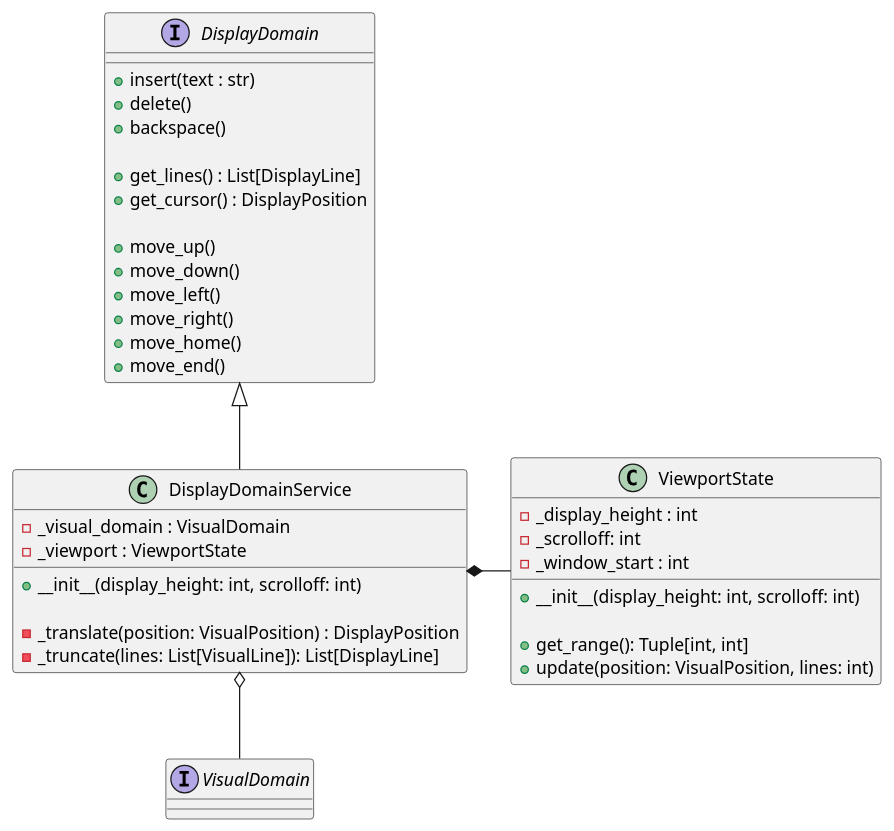
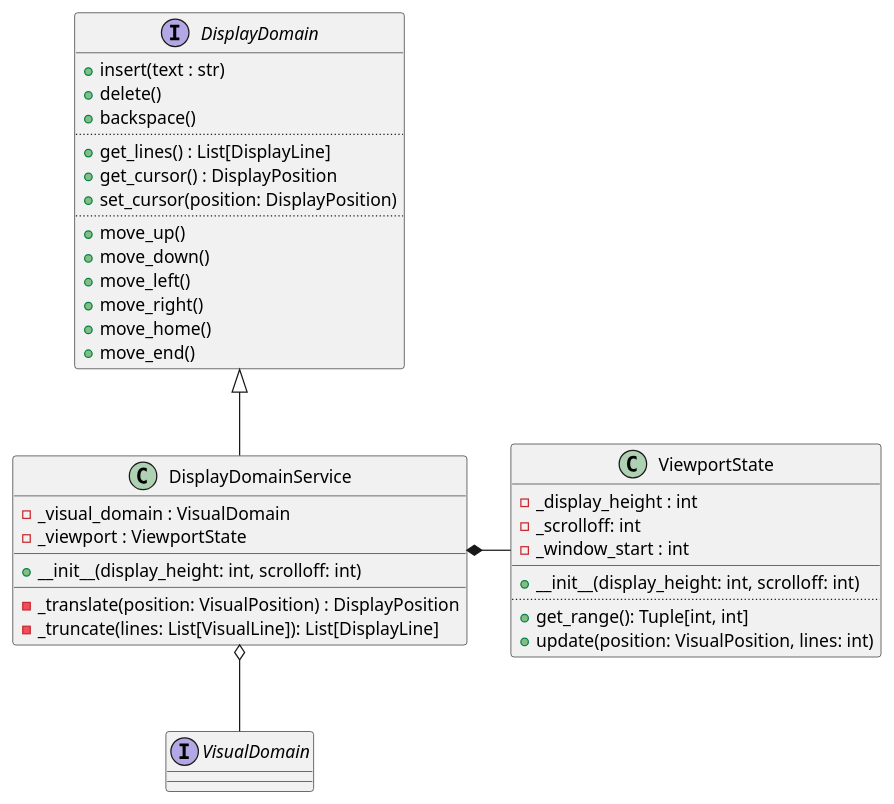
The diagram in docs/source/specs/architecture/diagrams/class-display_domain.puml (JoeRittiner/TextEngine), drawn with PlantUML before and after one commit. The commit also changed 4 other files, not shown here.

First line of the commit message:
doc: Remove `home` and `end` commands from Cursor State

```diff
--- a/docs/source/specs/architecture/diagrams/class-display_domain.puml
+++ b/docs/source/specs/architecture/diagrams/class-display_domain.puml
@@ -1,52 +1,52 @@
 @startuml
 
 interface VisualDomain
 
 interface DisplayDomain {
-    + insert(text : str)
-    + delete()
-    + backspace()
-
-    + get_lines() : List[DisplayLine]
-    + get_cursor() : DisplayPosition
-
-    + move_up()
-    + move_down()
-    + move_left()
-    + move_right()
-    + move_home()
-    + move_end()
+    +insert(text : str)
+    +delete()
+    +backspace()
+    ..
+    +get_lines() : List[DisplayLine]
+    +get_cursor() : DisplayPosition
+    +set_cursor(position: DisplayPosition)
+    ..
+    +move_up()
+    +move_down()
+    +move_left()
+    +move_right()
+    +move_home()
+    +move_end()
 }
 
 class DisplayDomainService {
-    - _visual_domain : VisualDomain
-    - _viewport : ViewportState
-
-    + __init__(display_height: int, scrolloff: int)
-
-    - _translate(position: VisualPosition) : DisplayPosition
-    - _truncate(lines: List[VisualLine]): List[DisplayLine]
-
+    -_visual_domain : VisualDomain
+    -_viewport : ViewportState
+    __
+    +__init__(display_height: int, scrolloff: int)
+    __
+    -_translate(position: VisualPosition) : DisplayPosition
+    -_truncate(lines: List[VisualLine]): List[DisplayLine]
 }
 
 class ViewportState {
-    - _display_height : int
-    - _scrolloff: int
-    - _window_start : int
-
-    + __init__(display_height: int, scrolloff: int)
-
-    + get_range(): Tuple[int, int]
+    -_display_height : int
+    -_scrolloff: int
+    -_window_start : int
+    __
+    +__init__(display_height: int, scrolloff: int)
+    ..
+    +get_range(): Tuple[int, int]
     ' [window_start, window_start + _display_height]
-    + update(position: VisualPosition, lines: int)
+    +update(position: VisualPosition, lines: int)
     ' lines = number of visual lines
 }
 
 ' DisplayDomain --|> VisualDomain
 
 DisplayDomain <|-- DisplayDomainService
 
 DisplayDomainService *- ViewportState
 DisplayDomainService o-- VisualDomain
 
 @enduml
```
